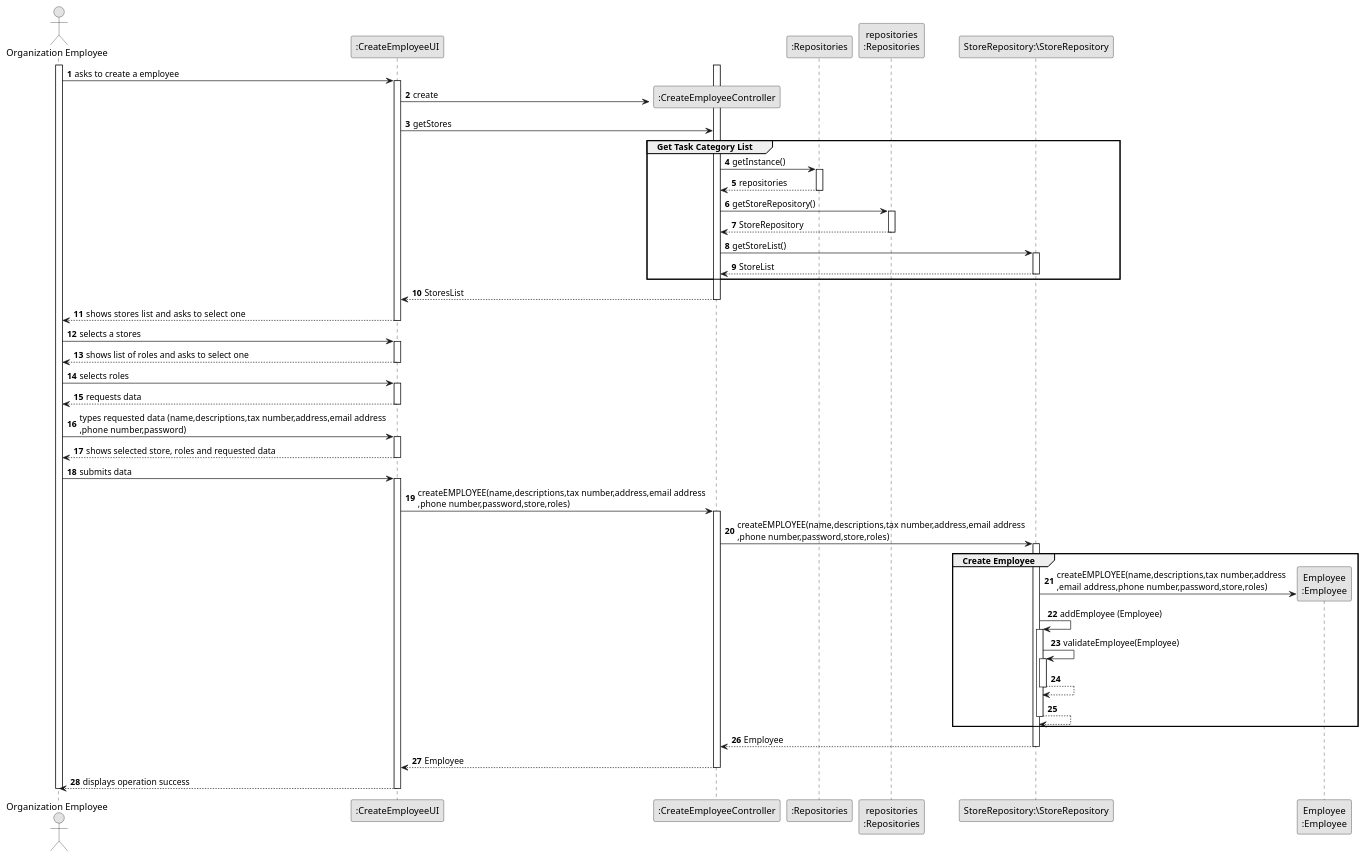
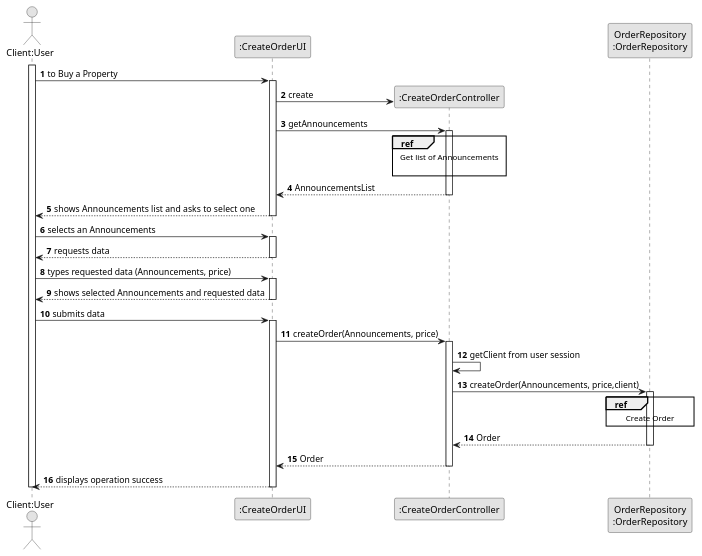
Before and after one commit to hugosilva2901/lei-22-s2-1DO-g68: the diagram in lei-22-s2-1do-g68/docs/SprintC/us010/03.design/puml/us003-sequence-diagram-full.puml, drawn with PlantUML. The commit also changed 6 other files, not shown here.

```diff
--- a/lei-22-s2-1do-g68/docs/SprintC/us010/03.design/puml/us003-sequence-diagram-full.puml
+++ b/lei-22-s2-1do-g68/docs/SprintC/us010/03.design/puml/us003-sequence-diagram-full.puml
@@ -1,108 +1,66 @@
 @startuml
 skinparam monochrome true
 skinparam packageStyle rectangle
 skinparam shadowing false
 
 autonumber
 
 'hide footbox
-actor "Organization Employee" as ADM
-participant ":CreateEmployeeUI" as UI
-participant ":CreateEmployeeController" as CTRL
-participant ":Repositories" as RepositorySingleton
-participant "repositories\n:Repositories" as PLAT
-participant "StoreRepository:\StoreRepository" as StoreRepository
-participant "Employee\n:Employee" as TAREFA
+actor "Client:User" as CL
+participant ":CreateOrderUI" as UI
+participant ":CreateOrderController" as CTRL
+participant "OrderRepository\n:OrderRepository" as ORD
 
-activate ADM
+activate CL
 
-    ADM -> UI : asks to create a employee
+    CL -> UI :  to Buy a Property
 
     activate UI
 
         UI -> CTRL** : create
-        UI -> CTRL : getStores
+        UI -> CTRL : getAnnouncements
 
-group Get Task Category List
+        ref over CTRL
+            Get list of Announcements
 
-
-            CTRL -> RepositorySingleton : getInstance()
-            activate RepositorySingleton
-
-                RepositorySingleton --> CTRL: repositories
-            deactivate RepositorySingleton
-
-            CTRL -> PLAT : getStoreRepository()
-            activate PLAT
-
-                PLAT --> CTRL: StoreRepository
-            deactivate PLAT
-
-            CTRL -> StoreRepository : getStoreList()
-            activate StoreRepository
-
-                StoreRepository --> CTRL : StoreList
-            deactivate StoreRepository
-
-
-    end
+        end ref
 
         activate CTRL
 
-            CTRL --> UI : StoresList
+            CTRL --> UI : AnnouncementsList
         deactivate CTRL
 
-        UI --> ADM : shows  stores list and asks to select one
+        UI --> CL : shows  Announcements list and asks to select one
     deactivate UI
-    ADM -> UI : selects a stores
+    CL -> UI : selects an Announcements
 
-    activate UI
-
-    UI --> ADM : shows list of roles and asks to select one
-
-
-    deactivate UI
-    ADM -> UI : selects roles
         activate UI
 
-            UI --> ADM : requests data
+            UI --> CL : requests data
         deactivate UI
-        ADM -> UI : types requested data (name,descriptions,tax number,address,email address\n,phone number,password)
+        CL -> UI : types requested data (Announcements, price)
         activate UI
 
-        UI --> ADM : shows selected store, roles and requested data
+        UI --> CL : shows selected Announcements and requested data
         deactivate UI
-        ADM -> UI : submits data
+        CL -> UI : submits data
      activate UI
 
-     UI -> CTRL : createEMPLOYEE(name,descriptions,tax number,address,email address\n,phone number,password,store,roles)
+     UI -> CTRL : createOrder(Announcements, price)
     activate CTRL
+    CTRL -> CTRL : getClient from user session
 
-      CTRL -> StoreRepository: createEMPLOYEE(name,descriptions,tax number,address,email address\n,phone number,password,store,roles)
-                 activate StoreRepository
-
-                       group Create Employee
-
-                             StoreRepository -> TAREFA**: createEMPLOYEE(name,descriptions,tax number,address\n,email address,phone number,password,store,roles)
-                             StoreRepository -> StoreRepository: addEmployee (Employee)
-
-                             activate StoreRepository
-                                 StoreRepository -> StoreRepository: validateEmployee(Employee)
-                                 activate StoreRepository
-                                     StoreRepository --> StoreRepository
-                                 deactivate StoreRepository
-
-                                 StoreRepository --> StoreRepository
-                             deactivate StoreRepository
-                         end
-
-                     StoreRepository --> CTRL : Employee
-                 deactivate StoreRepository
-                CTRL --> UI: Employee
+      CTRL -> ORD: createOrder(Announcements, price,client)
+                 activate ORD
+                     ref over ORD
+                         Create Order
+                     end
+                     ORD --> CTRL : Order
+                 deactivate ORD
+            CTRL --> UI: Order
               deactivate CTRL
-              UI --> ADM: displays operation success
+              UI --> CL: displays operation success
       deactivate UI
-
-deactivate ADM
+deactivate CL
 
 @enduml
```
